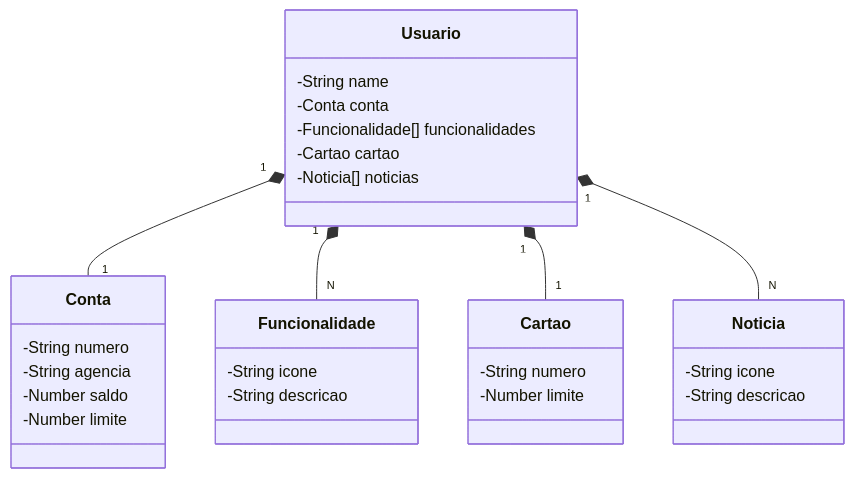
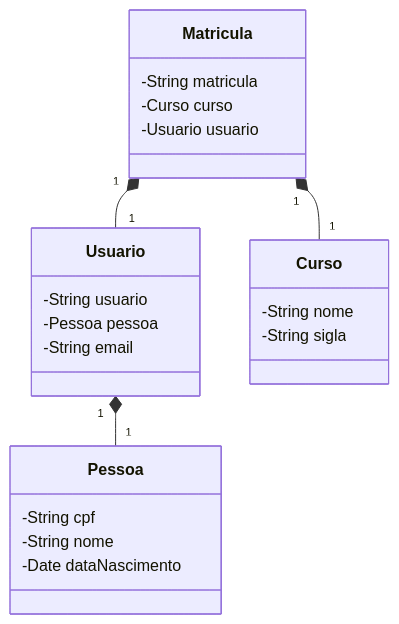
Before and after one commit to felipevianna86/challenge-railway: the diagram in README.md, drawn with Mermaid. The commit also changed other lines of this file, not shown here.

````diff
--- a/README.md
+++ b/README.md
@@ -7,37 +7,29 @@
 ```mermaid
   classDiagram
     class Usuario{
-      -String name
-      -Conta conta
-      -Funcionalidade[] funcionalidades
-      -Cartao cartao
-      -Noticia[] noticias
+      -String usuario
+      -Pessoa pessoa
+      -String email
     }
 
-    class Conta{
-      -String numero
-      -String agencia
-      -Number saldo
-      -Number limite
+    class Pessoa{
+      -String cpf
+      -String nome
+      -Date dataNascimento
     }
 
-    class Funcionalidade{
-      -String icone
-      -String descricao
+    class Curso{
+      -String nome
+      -String sigla
     }
 
-    class Noticia{
-      -String icone
-      -String descricao
+    class Matricula{
+      -String matricula
+      -Curso curso
+      -Usuario usuario
     }
 
-    class Cartao{
-      -String numero
-      -Number limite
-    }
-
-    Usuario "1" *-- "1" Conta
-    Usuario "1" *-- "N" Funcionalidade
-    Usuario "1" *-- "1" Cartao
-    Usuario "1" *-- "N" Noticia
+    Usuario "1" *-- "1" Pessoa
+    Matricula "1" *-- "1" Curso
+    Matricula "1" *-- "1" Usuario
 ```
````
